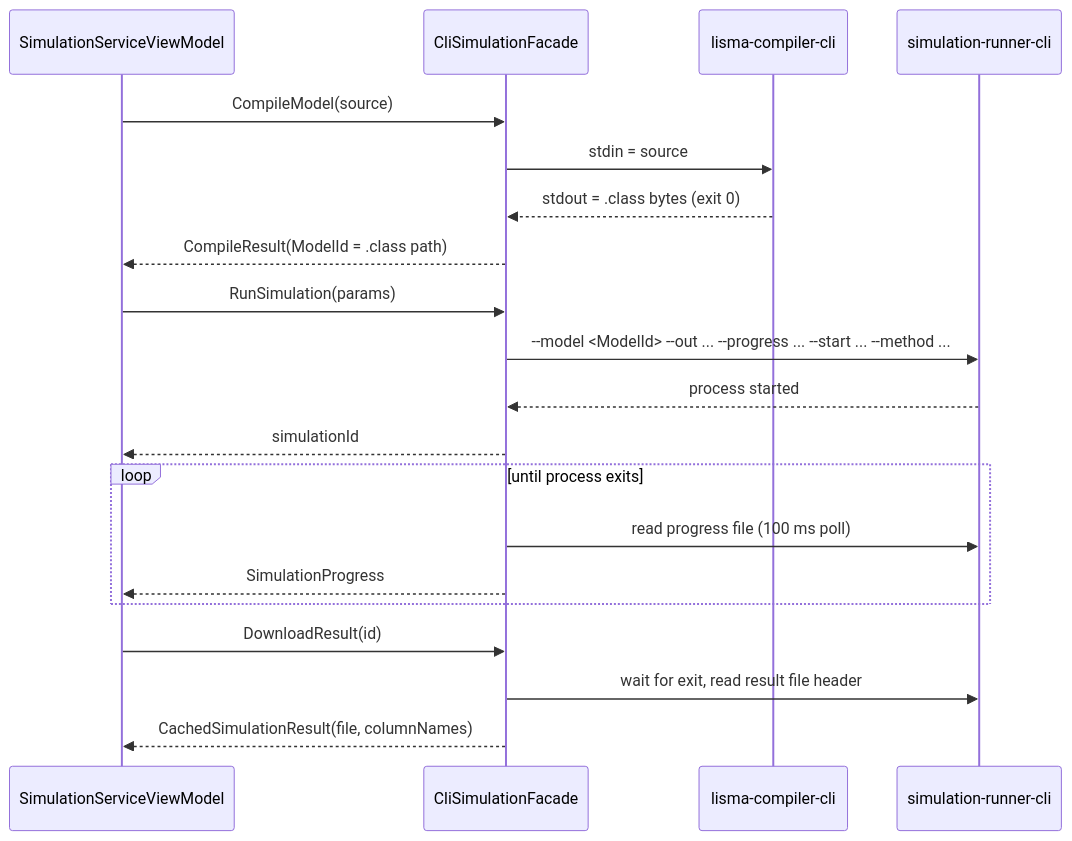
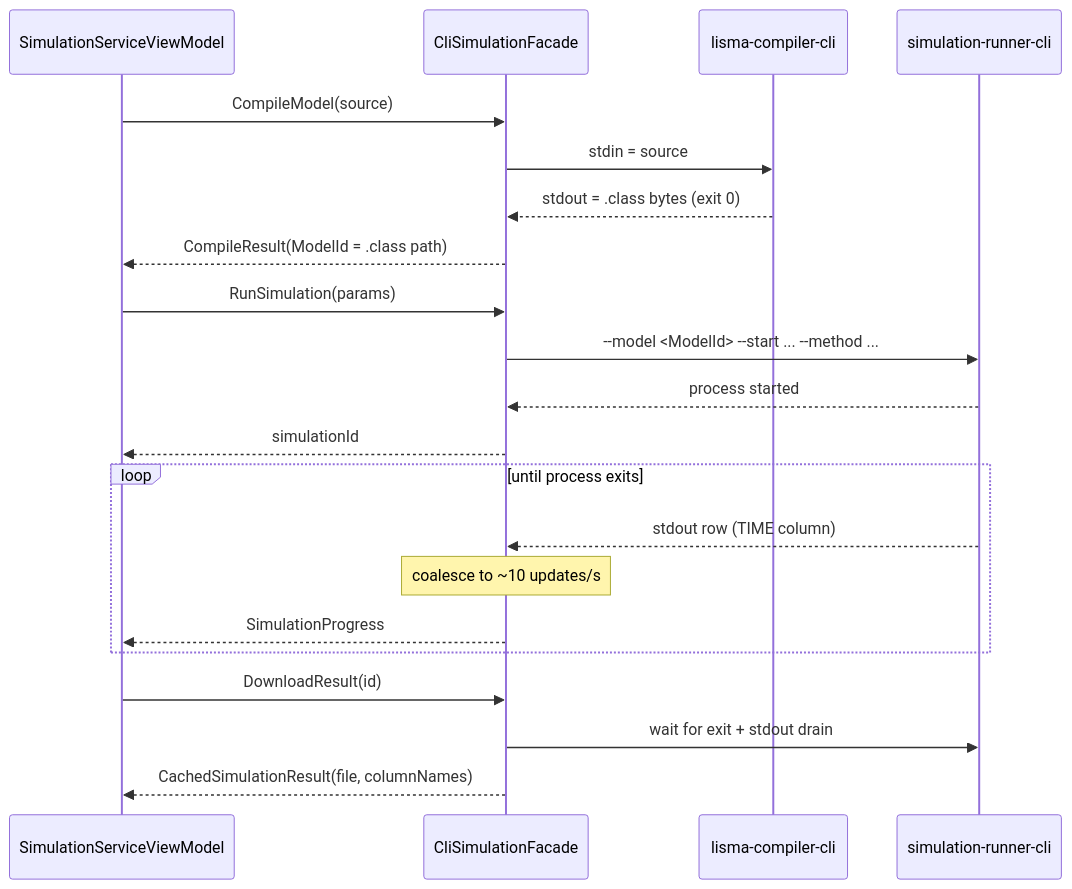
One commit to SmallBossGames/isma-ui-avalonia changed the diagram in docs/features/03-external-services.md. Above: the diagram before and after it, drawn with Mermaid. The commit also changed other lines of this file and 21 other files, not shown here.

````diff
--- a/docs/features/03-external-services.md
+++ b/docs/features/03-external-services.md
@@ -116,26 +156,27 @@
 ```mermaid
 sequenceDiagram
     participant UI as SimulationServiceViewModel
     participant Facade as CliSimulationFacade
     participant Comp as lisma-compiler-cli
     participant Run as simulation-runner-cli
 
     UI->>Facade: CompileModel(source)
     Facade->>Comp: stdin = source
     Comp-->>Facade: stdout = .class bytes (exit 0)
     Facade-->>UI: CompileResult(ModelId = .class path)
 
     UI->>Facade: RunSimulation(params)
-    Facade->>Run: --model <ModelId> --out ... --progress ... --start ... --method ...
+    Facade->>Run: --model <ModelId> --start ... --method ...
     Run-->>Facade: process started
     Facade-->>UI: simulationId
 
     loop until process exits
-        Facade->>Run: read progress file (100 ms poll)
+        Run-->>Facade: stdout row (TIME column)
+        Note over Facade: coalesce to ~10 updates/s
         Facade-->>UI: SimulationProgress
     end
 
     UI->>Facade: DownloadResult(id)
-    Facade->>Run: wait for exit, read result file header
+    Facade->>Run: wait for exit + stdout drain
     Facade-->>UI: CachedSimulationResult(file, columnNames)
 ```
````
